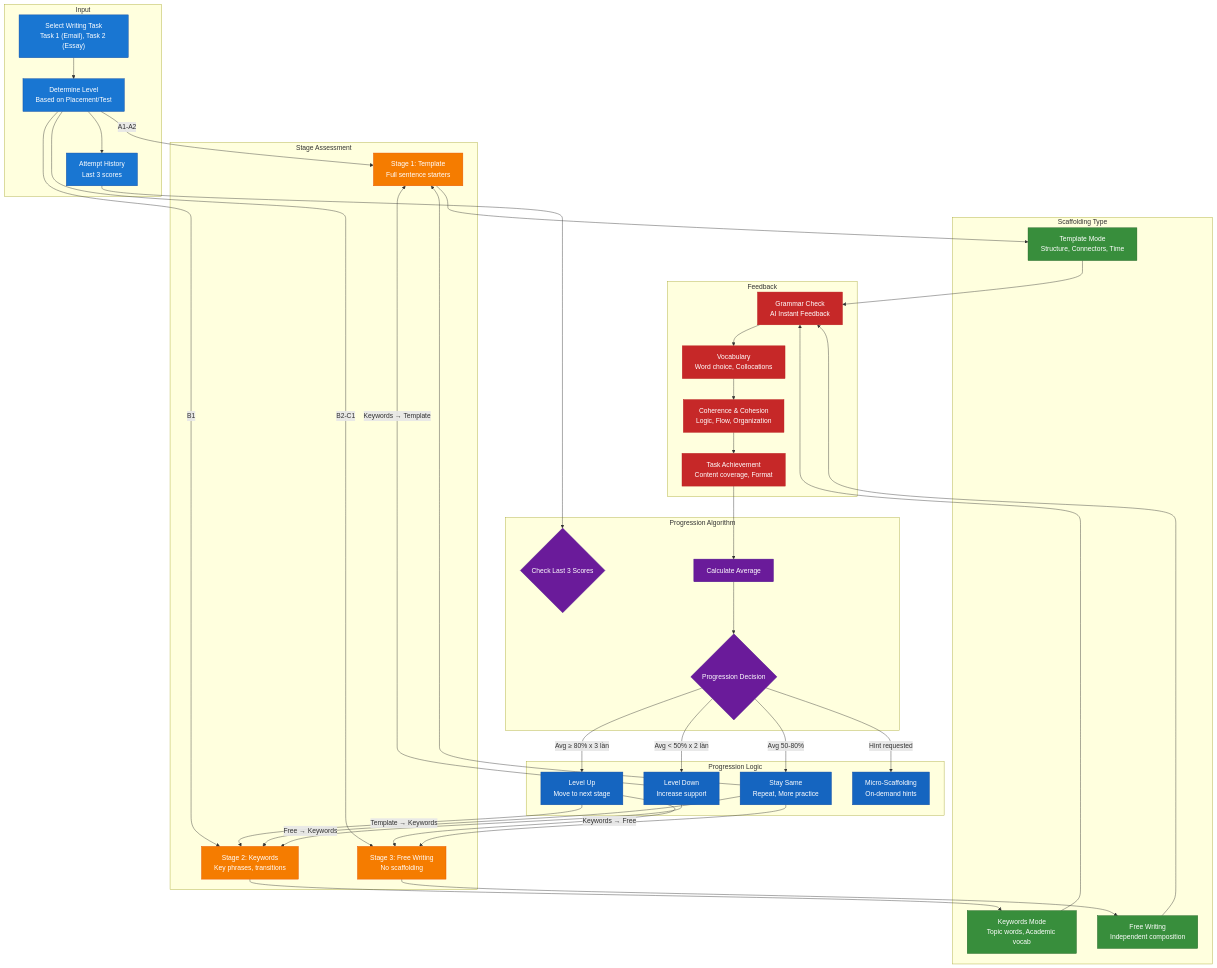
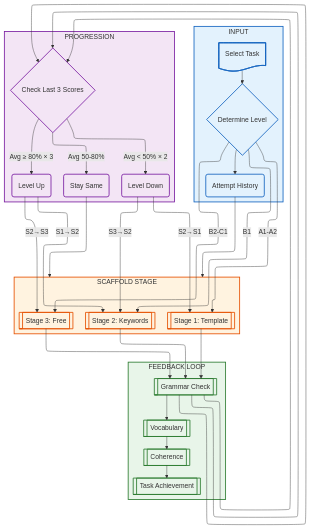
One commit to nghyane/VSTEP changed the tenth of 12 diagrams in docs/capstone/diagrams/flow-diagrams.vi.md. Above: the diagram before and after it, drawn with Mermaid. The commit also changed other lines of this file, not shown here.

First line of the commit message:
refactor(docs): update flow diagrams to Mermaid v11

````diff
--- a/docs/capstone/diagrams/flow-diagrams.vi.md
+++ b/docs/capstone/diagrams/flow-diagrams.vi.md
@@ -707,92 +578,64 @@
 ```mermaid
+---
+config:
+  layout: elk
+---
 flowchart TB
-    subgraph Input ["Input"]
-        Task["Select Writing Task<br/>Task 1 (Email), Task 2 (Essay)"]
-        Level["Determine Level<br/>Based on Placement/Test"]
-        History["Attempt History<br/>Last 3 scores"]
+    subgraph Input["INPUT"]
+        Task@{ shape: doc, label: "Select Task" }
+        Level@{ shape: diam, label: "Determine Level" }
+        History@{ shape: rounded, label: "Attempt History" }
     end
 
-    subgraph Assessment ["Stage Assessment"]
-        Stage1["Stage 1: Template<br/>Full sentence starters"]
-        Stage2["Stage 2: Keywords<br/>Key phrases, transitions"]
-        Stage3["Stage 3: Free Writing<br/>No scaffolding"]
+    subgraph Stage["SCAFFOLD STAGE"]
+        direction LR
+        S1@{ shape: fr-rect, label: "Stage 1: Template" }
+        S2@{ shape: fr-rect, label: "Stage 2: Keywords" }
+        S3@{ shape: fr-rect, label: "Stage 3: Free" }
     end
 
-    subgraph Algorithm ["Progression Algorithm"]
-        CheckScores{"Check Last 3 Scores"}
-        AvgCalc["Calculate Average"]
-        Decision{"Progression Decision"}
+    subgraph Feedback["FEEDBACK LOOP"]
+        direction TB
+        Grammar@{ shape: fr-rect, label: "Grammar Check" }
+        Vocab@{ shape: fr-rect, label: "Vocabulary" }
+        Cohesion@{ shape: fr-rect, label: "Coherence" }
+        TaskResp@{ shape: fr-rect, label: "Task Achievement" }
     end
 
-    subgraph Scaffold ["Scaffolding Type"]
-        Template["Template Mode<br/>Structure, Connectors, Time"]
-        Keywords["Keywords Mode<br/>Topic words, Academic vocab"]
-        Free["Free Writing<br/>Independent composition"]
+    subgraph Progression["PROGRESSION"]
+        Check@{ shape: diam, label: "Check Last 3 Scores" }
+        Up@{ shape: rounded, label: "Level Up" }
+        Stay@{ shape: rounded, label: "Stay Same" }
+        Down@{ shape: rounded, label: "Level Down" }
     end
 
-    subgraph Feedback ["Feedback"]
-        Grammar["Grammar Check<br/>AI Instant Feedback"]
-        Vocab["Vocabulary<br/>Word choice, Collocations"]
-        Cohesion["Coherence & Cohesion<br/>Logic, Flow, Organization"]
-        TaskResp["Task Achievement<br/>Content coverage, Format"]
-    end
+    Task --> Level --> History --> Stage
+    Level -->|"A1-A2"| S1
+    Level -->|"B1"| S2
+    Level -->|"B2-C1"| S3
+    
+    S1 --> Grammar --> Check
+    S2 --> Grammar --> Check
+    S3 --> Grammar --> Check
+    Grammar --> Vocab --> Cohesion --> TaskResp
+    
+    Check -->|"Avg ≥ 80% × 3"| Up
+    Check -->|"Avg 50-80%"| Stay
+    Check -->|"Avg < 50% × 2"| Down
+    
+    Up -->|"S1→S2"| S2
+    Up -->|"S2→S3"| S3
+    Stay --> Stage
+    Down -->|"S2→S1"| S1
+    Down -->|"S3→S2"| S2
 
-    subgraph Progression ["Progression Logic"]
-        LevelUp["Level Up<br/>Move to next stage"]
-        Stay["Stay Same<br/>Repeat, More practice"]
-        LevelDown["Level Down<br/>Increase support"]
-        MicroHint["Micro-Scaffolding<br/>On-demand hints"]
-    end
+    classDef input fill:#e3f2fd,stroke:#1565c0,stroke-width:2px
+    classDef stage fill:#fff3e0,stroke:#e65100,stroke-width:2px
+    classDef feedback fill:#e8f5e9,stroke:#2e7d32,stroke-width:2px
+    classDef progress fill:#f3e5f5,stroke:#7b1fa2,stroke-width:2px
 
-    Task --> Level
-    Level --> History
-    History --> CheckScores
-
-    %% Stage assignment
-    Level -->|"A1-A2"| Stage1
-    Level -->|"B1"| Stage2
-    Level -->|"B2-C1"| Stage3
-
-    Stage1 --> Template
-    Stage2 --> Keywords
-    Stage3 --> Free
-
-    %% Feedback flow
-    Template --> Grammar
-    Keywords --> Grammar
-    Free --> Grammar
-    Grammar --> Vocab
-    Vocab --> Cohesion
-    Cohesion --> TaskResp
-
-    %% Progression algorithm
-    TaskResp --> AvgCalc
-    AvgCalc --> Decision
-
-    Decision -->|"Avg ≥ 80% x 3 lần"| LevelUp
-    Decision -->|"Avg 50-80%"| Stay
-    Decision -->|"Avg < 50% x 2 lần"| LevelDown
-    Decision -->|"Hint requested"| MicroHint
-
-    LevelUp -->|"Template → Keywords"| Stage2
-    LevelUp -->|"Keywords → Free"| Stage3
-    Stay --> Stage1
-    Stay --> Stage2
-    Stay --> Stage3
-    LevelDown -->|"Free → Keywords"| Stage2
-    LevelDown -->|"Keywords → Template"| Stage1
-
-    classDef input fill:#1976d2,stroke:#0d47a1,color:#fff
-    classDef assessment fill:#f57c00,stroke:#e65100,color:#fff
-    classDef algorithm fill:#6a1b9a,stroke:#4a148c,color:#fff
-    classDef scaffold fill:#388e3c,stroke:#1b5e20,color:#fff
-    classDef feedback fill:#c62828,stroke:#b71c1c,color:#fff
-    classDef progression fill:#1565c0,stroke:#0d47a1,color:#fff
-
-    class Task,Level,History input
-    class Stage1,Stage2,Stage3 assessment
-    class CheckScores,AvgCalc,Decision algorithm
-    class Template,Keywords,Free scaffold
-    class Grammar,Vocab,Cohesion,TaskResp feedback
-    class LevelUp,Stay,LevelDown,MicroHint progression
+    class Input,Task,Level,History input
+    class Stage,S1,S2,S3 stage
+    class Feedback,Grammar,Vocab,Cohesion,TaskResp feedback
+    class Progression,Check,Up,Stay,Down progress
 ```
````
